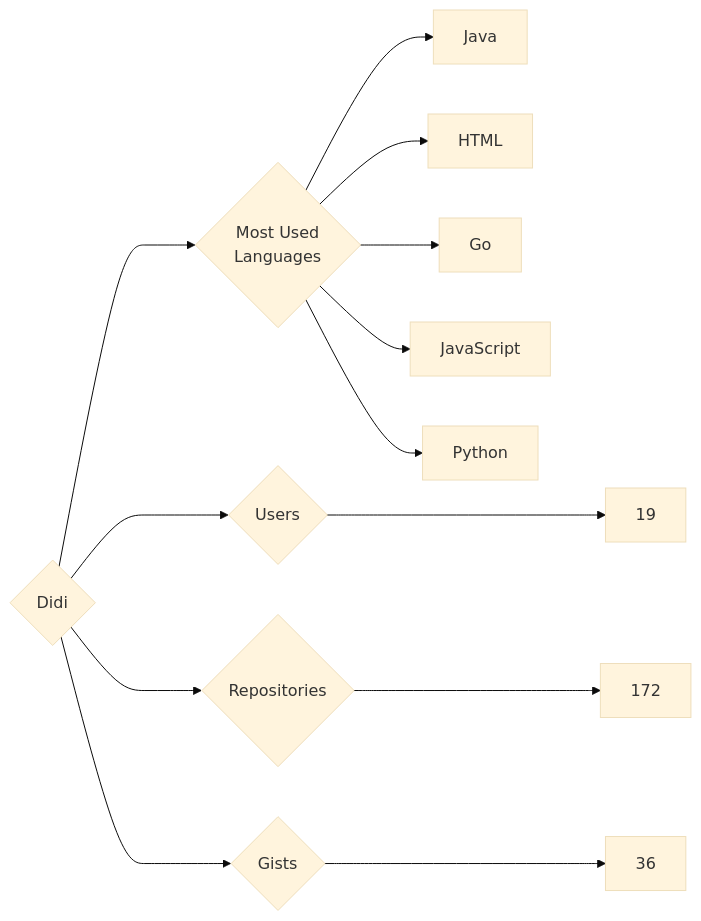
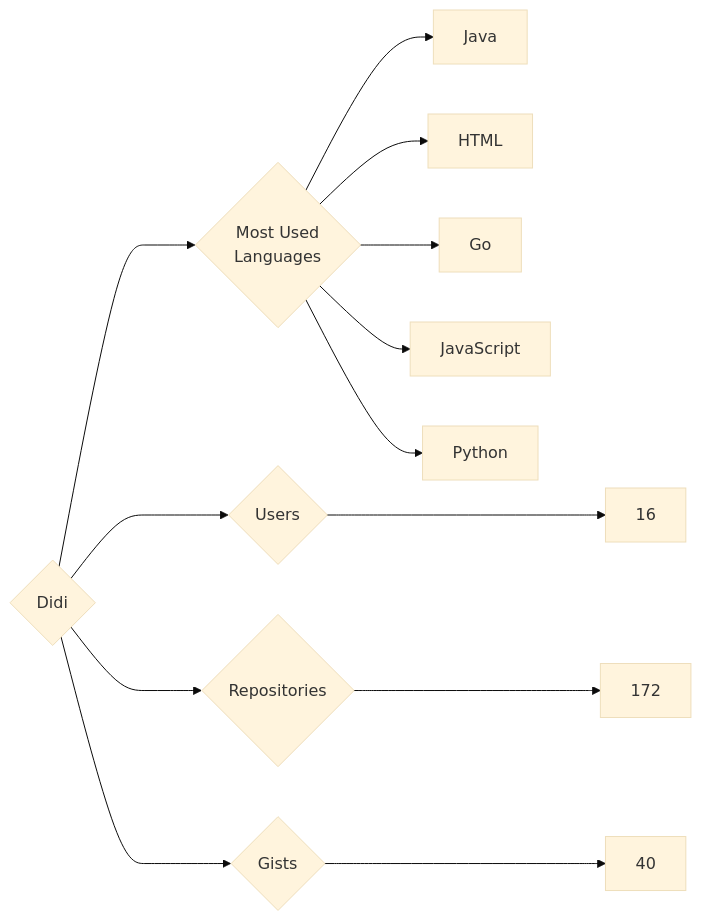
The diagram in targets/Didi/README.md (trickest/insiders), drawn with Mermaid (base theme) before and after one commit. The commit also changed 718 other files, not shown here.

````diff
--- a/targets/Didi/README.md
+++ b/targets/Didi/README.md
@@ -3,13 +3,13 @@
 ```mermaid
 graph LR
 COMPANY_NAME{Didi}
-COMPANY_NAME ---> U{Users} ---> UN[19]
+COMPANY_NAME ---> U{Users} ---> UN[16]
 COMPANY_NAME ---> R{Repositories} ---> RN[172]
-COMPANY_NAME ---> G{Gists} ---> GN[36]
+COMPANY_NAME ---> G{Gists} ---> GN[40]
 COMPANY_NAME ---> ML{Most Used<br>Languages}
 ML --> Java[Java]
 ML --> HTML[HTML]
 ML --> Go[Go]
 ML --> JavaScript[JavaScript]
 ML --> Python[Python]
 ```
````
